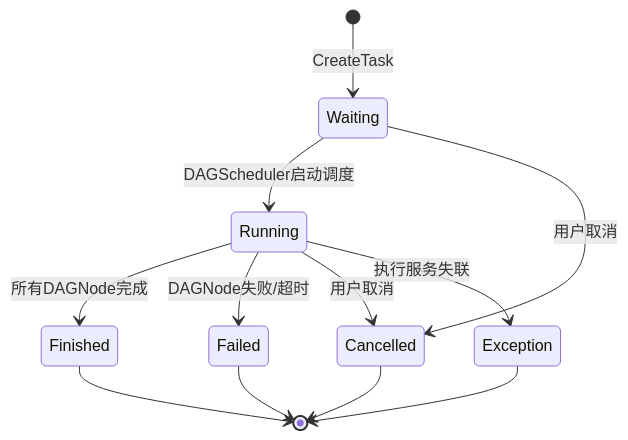
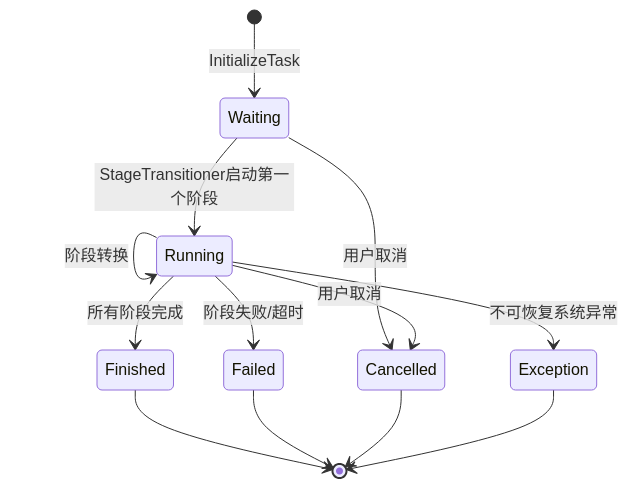
One commit to njuxumq/agent-eval-server changed the first of 3 diagrams in docs/designs/details/scheduler/任务管理器设计.md. Above: the diagram before and after it, drawn with Mermaid. The commit also changed other lines of this file and 13 other files, not shown here.

````diff
--- a/docs/designs/details/scheduler/任务管理器设计.md
+++ b/docs/designs/details/scheduler/任务管理器设计.md
@@ -53,14 +61,15 @@
 ```mermaid
 stateDiagram-v2
-    [*] --> Waiting: CreateTask
-    Waiting --> Running: DAGScheduler启动调度
-    Running --> Finished: 所有DAGNode完成
-    Running --> Failed: DAGNode失败/超时
+    [*] --> Waiting: InitializeTask
+    Waiting --> Running: StageTransitioner启动第一个阶段
+    Running --> Running: 阶段转换
+    Running --> Finished: 所有阶段完成
+    Running --> Failed: 阶段失败/超时
     Waiting --> Cancelled: 用户取消
     Running --> Cancelled: 用户取消
-    Running --> Exception: 执行服务失联
+    Running --> Exception: 不可恢复系统异常
     Finished --> [*]
     Failed --> [*]
     Cancelled --> [*]
     Exception --> [*]
 ```
````
